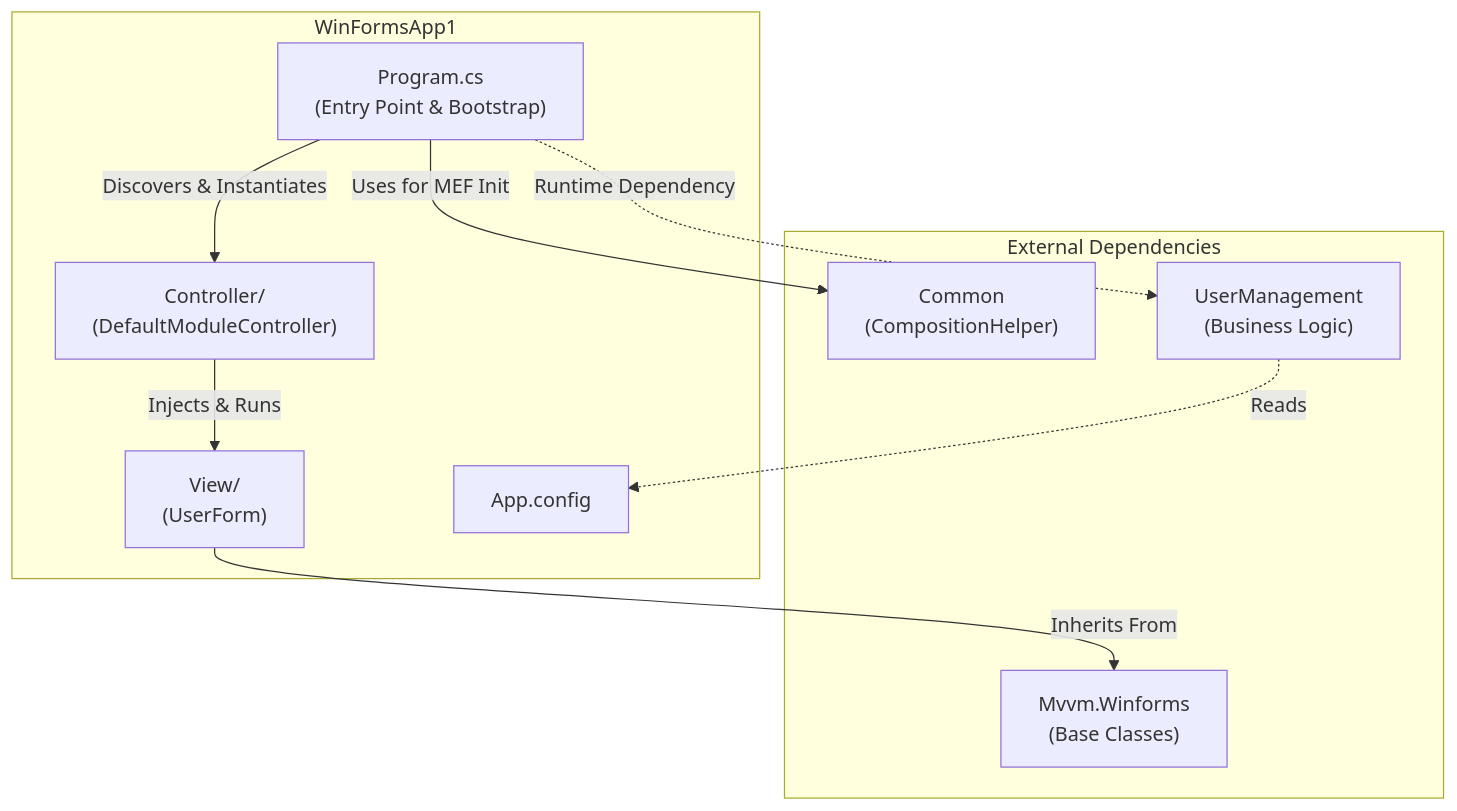
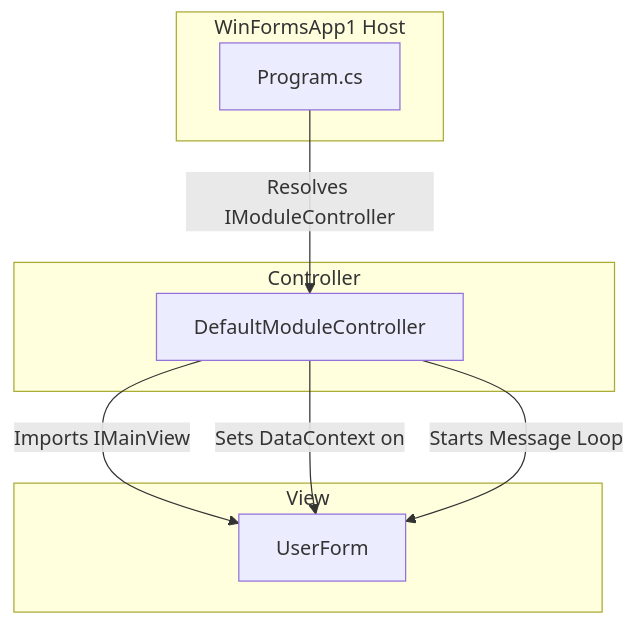
Before and after one commit to wetzlmaier-scch/mvvm: the diagram in doc/WinFormsApp1.md, drawn with Mermaid. The commit also changed other lines of this file and 132 other files, not shown here.

````diff
--- a/doc/WinFormsApp1.md
+++ b/doc/WinFormsApp1.md
@@ -23,22 +22,19 @@
 ```mermaid
 flowchart TD
-    subgraph "WinFormsApp1"
-        Program["Program.cs<br/>(Entry Point & Bootstrap)"]
-        Controller["Controller/<br/>(DefaultModuleController)"]
-        View["View/<br/>(UserForm)"]
-        Config["App.config"]
+    subgraph "WinFormsApp1 Host"
+        Program[Program.cs]
     end
 
-    subgraph "External Dependencies"
-        Common["Common<br/>(CompositionHelper)"]
-        Mvvm["Mvvm.Winforms<br/>(Base Classes)"]
-        UserMgmt["UserManagement<br/>(Business Logic)"]
+    subgraph "Controller"
+        DMC[DefaultModuleController]
     end
 
-    Program -->|Uses for MEF Init| Common
-    Program -->|Discovers & Instantiates| Controller
-    Controller -->|Injects & Runs| View
-    View -->|Inherits From| Mvvm
-    Program -.->|Runtime Dependency| UserMgmt
-    UserMgmt -.->|Reads| Config
+    subgraph "View"
+        UF[UserForm]
+    end
+
+    Program -->|Resolves IModuleController| DMC
+    DMC -->|Imports IMainView| UF
+    DMC -->|Sets DataContext on| UF
+    DMC -->|Starts Message Loop| UF
 ```
````
